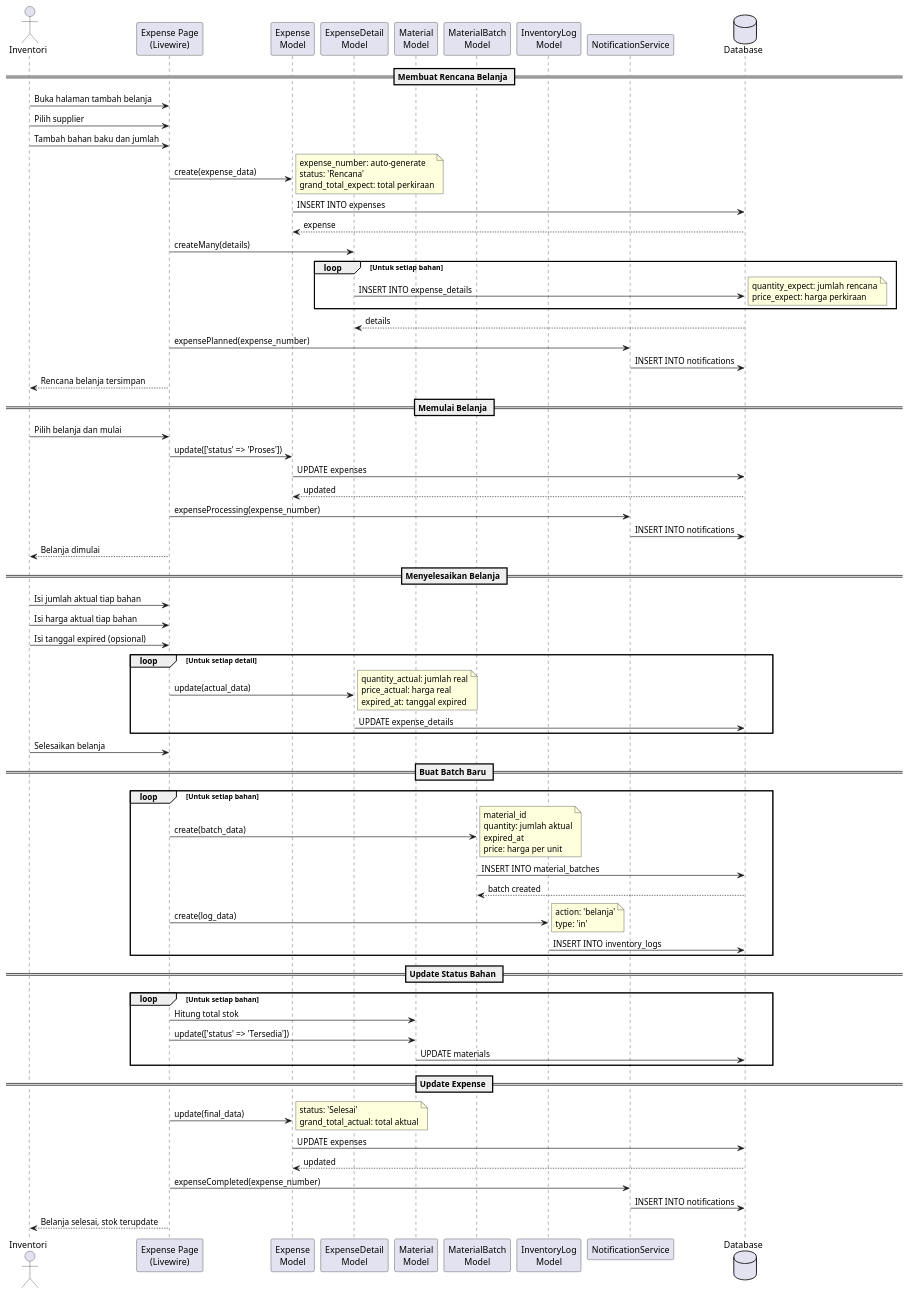
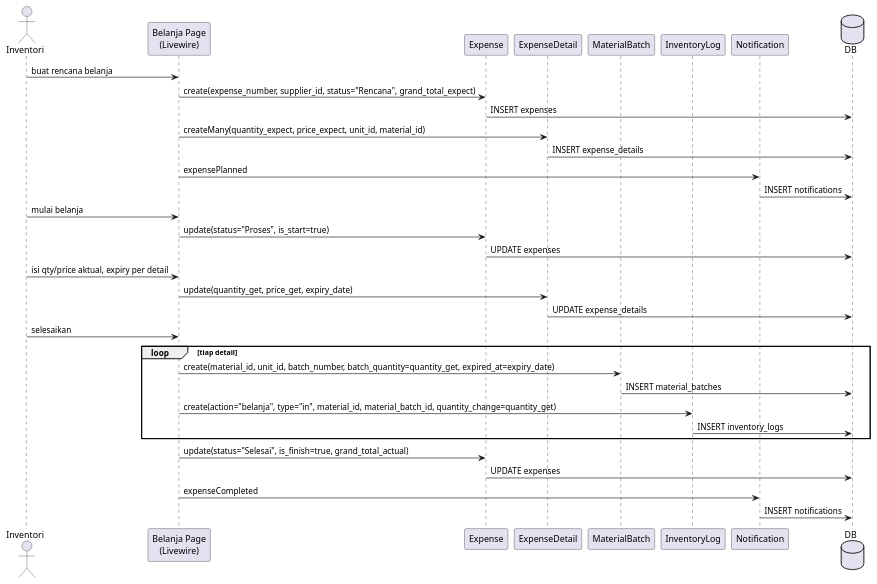
Before and after one commit to pawon3d/pawon3d: the seventh of 9 diagrams in docs/diagrams/03_SEQUENCE_DIAGRAM.md, drawn with PlantUML. The commit also changed other lines of this file and 155 other files, not shown here.

````diff
--- a/docs/diagrams/03_SEQUENCE_DIAGRAM.md
+++ b/docs/diagrams/03_SEQUENCE_DIAGRAM.md
@@ -584,113 +361,40 @@
 ```plantuml
-@startuml Sequence Diagram - Proses Belanja
+@startuml Sequence - Belanja
+actor Inventori
+participant "Belanja Page\n(Livewire)" as Exp
+participant Expense
+participant ExpenseDetail as Detail
+participant MaterialBatch as Batch
+participant InventoryLog as Log
+participant Notification as Notif
+database DB
 
-actor Inventori as User
-participant "Expense Page\n(Livewire)" as ExpPage
-participant "Expense\nModel" as Expense
-participant "ExpenseDetail\nModel" as ExpDetail
-participant "Material\nModel" as Material
-participant "MaterialBatch\nModel" as Batch
-participant "InventoryLog\nModel" as Log
-participant "NotificationService" as Notif
-database Database as DB
+Inventori -> Exp: buat rencana belanja
+Exp -> Expense: create(expense_number, supplier_id, status="Rencana", grand_total_expect)
+Expense -> DB: INSERT expenses
+Exp -> Detail: createMany(quantity_expect, price_expect, unit_id, material_id)
+Detail -> DB: INSERT expense_details
+Exp -> Notif: expensePlanned
+Notif -> DB: INSERT notifications
 
-== Membuat Rencana Belanja ==
-User -> ExpPage: Buka halaman tambah belanja
-User -> ExpPage: Pilih supplier
-User -> ExpPage: Tambah bahan baku dan jumlah
+Inventori -> Exp: mulai belanja
+Exp -> Expense: update(status="Proses", is_start=true)
+Expense -> DB: UPDATE expenses
 
-ExpPage -> Expense: create(expense_data)
-note right
-  expense_number: auto-generate
-  status: 'Rencana'
-  grand_total_expect: total perkiraan
-end note
-Expense -> DB: INSERT INTO expenses
-DB --> Expense: expense
+Inventori -> Exp: isi qty/price aktual, expiry per detail
+Exp -> Detail: update(quantity_get, price_get, expiry_date)
+Detail -> DB: UPDATE expense_details
 
-ExpPage -> ExpDetail: createMany(details)
-loop Untuk setiap bahan
-    ExpDetail -> DB: INSERT INTO expense_details
-    note right
-      quantity_expect: jumlah rencana
-      price_expect: harga perkiraan
-    end note
+Inventori -> Exp: selesaikan
+loop tiap detail
+    Exp -> Batch: create(material_id, unit_id, batch_number, batch_quantity=quantity_get, expired_at=expiry_date)
+    Batch -> DB: INSERT material_batches
+    Exp -> Log: create(action="belanja", type="in", material_id, material_batch_id, quantity_change=quantity_get)
+    Log -> DB: INSERT inventory_logs
 end
-DB --> ExpDetail: details
-
-ExpPage -> Notif: expensePlanned(expense_number)
-Notif -> DB: INSERT INTO notifications
-
-ExpPage --> User: Rencana belanja tersimpan
-
-== Memulai Belanja ==
-User -> ExpPage: Pilih belanja dan mulai
-ExpPage -> Expense: update(['status' => 'Proses'])
+Exp -> Expense: update(status="Selesai", is_finish=true, grand_total_actual)
 Expense -> DB: UPDATE expenses
-DB --> Expense: updated
-
-ExpPage -> Notif: expenseProcessing(expense_number)
-Notif -> DB: INSERT INTO notifications
-
-ExpPage --> User: Belanja dimulai
-
-== Menyelesaikan Belanja ==
-User -> ExpPage: Isi jumlah aktual tiap bahan
-User -> ExpPage: Isi harga aktual tiap bahan
-User -> ExpPage: Isi tanggal expired (opsional)
-
-loop Untuk setiap detail
-    ExpPage -> ExpDetail: update(actual_data)
-    note right
-      quantity_actual: jumlah real
-      price_actual: harga real
-      expired_at: tanggal expired
-    end note
-    ExpDetail -> DB: UPDATE expense_details
-end
-
-User -> ExpPage: Selesaikan belanja
-
-== Buat Batch Baru ==
-loop Untuk setiap bahan
-    ExpPage -> Batch: create(batch_data)
-    note right
-      material_id
-      quantity: jumlah aktual
-      expired_at
-      price: harga per unit
-    end note
-    Batch -> DB: INSERT INTO material_batches
-    DB --> Batch: batch created
-
-    ExpPage -> Log: create(log_data)
-    note right
-      action: 'belanja'
-      type: 'in'
-    end note
-    Log -> DB: INSERT INTO inventory_logs
-end
-
-== Update Status Bahan ==
-loop Untuk setiap bahan
-    ExpPage -> Material: Hitung total stok
-    ExpPage -> Material: update(['status' => 'Tersedia'])
-    Material -> DB: UPDATE materials
-end
-
-== Update Expense ==
-ExpPage -> Expense: update(final_data)
-note right
-  status: 'Selesai'
-  grand_total_actual: total aktual
-end note
-Expense -> DB: UPDATE expenses
-DB --> Expense: updated
-
-ExpPage -> Notif: expenseCompleted(expense_number)
-Notif -> DB: INSERT INTO notifications
-
-ExpPage --> User: Belanja selesai, stok terupdate
-
+Exp -> Notif: expenseCompleted
+Notif -> DB: INSERT notifications
 @enduml
 ```
````
